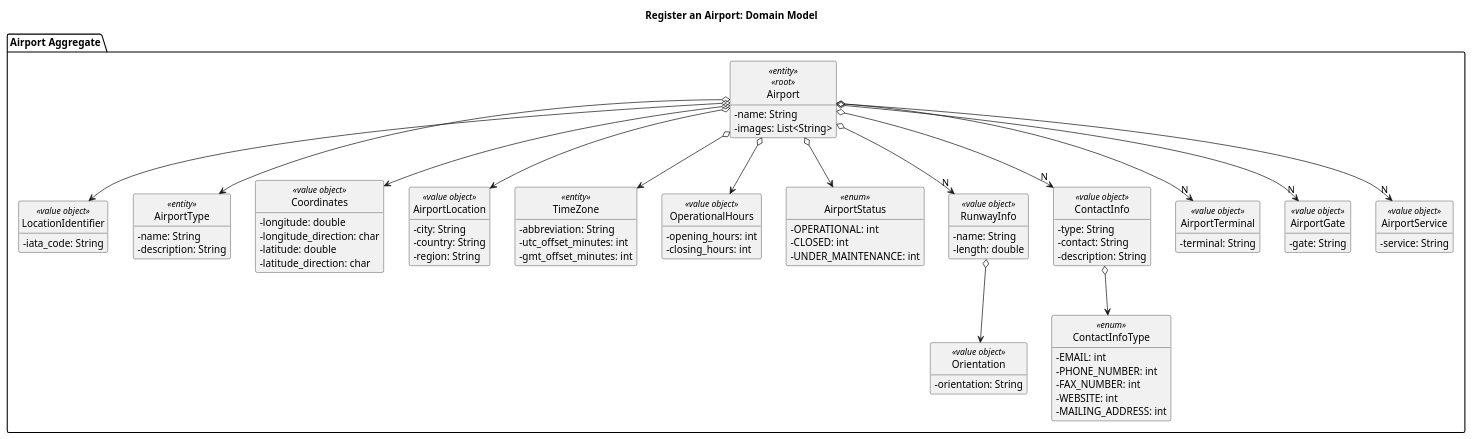
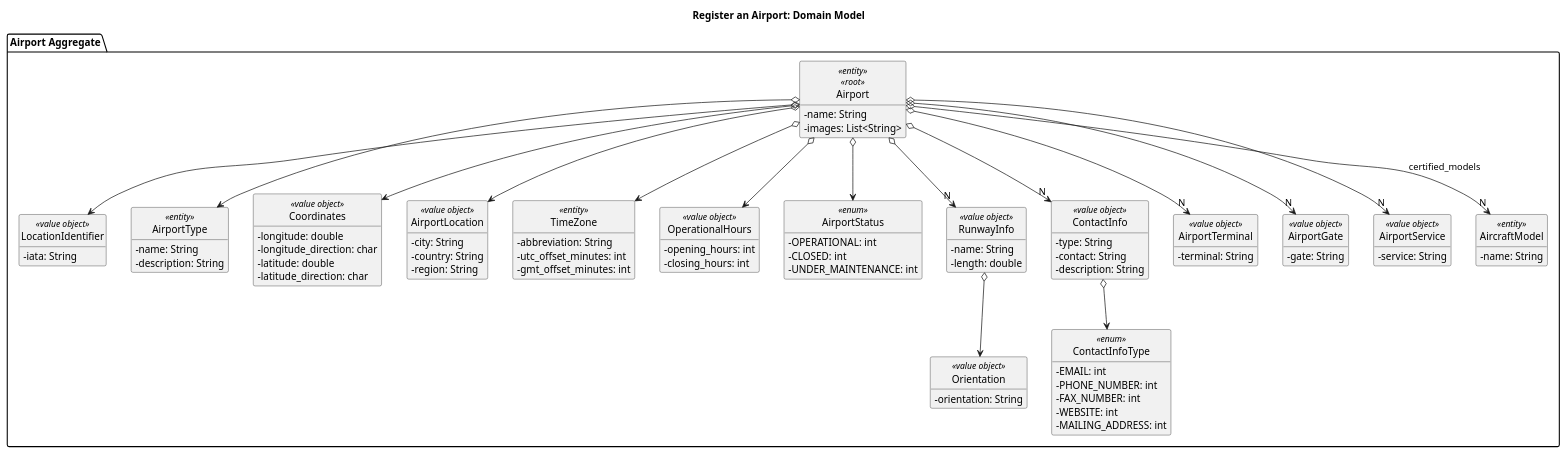
Before and after one commit to miguelsiilva1/PSOFT_1241008_1241131_1200858_1210977: the diagram in docs/system-documentation/WP#2A/US106/US106_DM/US106_DM.puml, drawn with PlantUML. The commit also changed 60 other files, not shown here.

```diff
--- a/docs/system-documentation/WP#2A/US106/US106_DM/US106_DM.puml
+++ b/docs/system-documentation/WP#2A/US106/US106_DM/US106_DM.puml
@@ -1,100 +1,105 @@
 @startuml
 'https://plantuml.com/class-diagram
 hide circle
 skinparam classAttributeIconSize 0
 hide methods
 
 title Register an Airport: Domain Model
 
 package "Airport Aggregate" {
     class Airport <<entity>> <<root>> {
         - name: String
         - images: List<String>
     }
     Airport o--> LocationIdentifier
     Airport o--> AirportType
     Airport o--> Coordinates
     Airport o--> AirportLocation
     Airport o--> TimeZone
     Airport o--> OperationalHours
     Airport o--> AirportStatus
     Airport o--> "N" RunwayInfo
     Airport o--> "N" ContactInfo
     Airport o--> "N" AirportTerminal
     Airport o--> "N" AirportGate
     Airport o--> "N" AirportService
+    Airport o--> "N" AircraftModel : certified_models
 
     class AirportLocation <<value object>> {
         - city: String
         - country: String
         - region: String
     }
 
     class AirportTerminal <<value object>> {
         - terminal: String
     }
     class AirportGate <<value object>> {
         - gate: String
     }
     class AirportService <<value object>> {
         - service: String
     }
 
     class AirportType <<entity>> {
         - name: String
         - description: String
     }
     class LocationIdentifier <<value object>> {
-        - iata_code: String
+        - iata: String
     }
 
     class TimeZone <<entity>> {
         - abbreviation: String
         - utc_offset_minutes: int
         - gmt_offset_minutes: int
     }
 
     class OperationalHours <<value object>> {
         - opening_hours: int
         - closing_hours: int
     }
 
     class ContactInfo <<value object>> {
         - type: String
         - contact: String
         - description: String
     }
     ContactInfo o--> ContactInfoType
     class ContactInfoType <<enum>> {
         - EMAIL: int
         - PHONE_NUMBER: int
         - FAX_NUMBER: int
         - WEBSITE: int
         - MAILING_ADDRESS: int
     }
 
     class Coordinates <<value object>> {
         - longitude: double
         - longitude_direction: char
         - latitude: double
         - latitude_direction: char
     }
 
     class RunwayInfo <<value object>> {
         - name: String
         - length: double
     }
     RunwayInfo o--> Orientation
 
     class Orientation <<value object>> {
         - orientation: String
     }
 
     class AirportStatus <<enum>> {
         - OPERATIONAL: int
         - CLOSED: int
         - UNDER_MAINTENANCE: int
     }
+
+    class AircraftModel <<entity>> {
+        - name: String
+    }
 }
 
 @enduml
```
